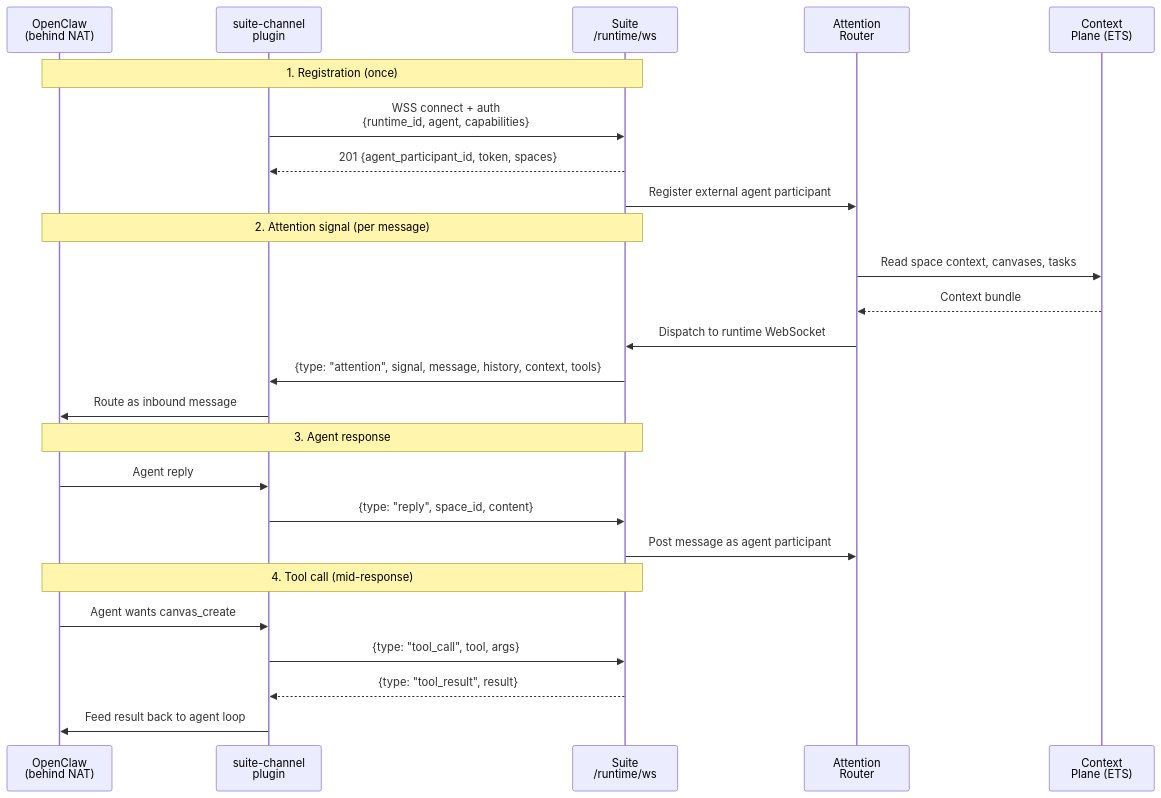
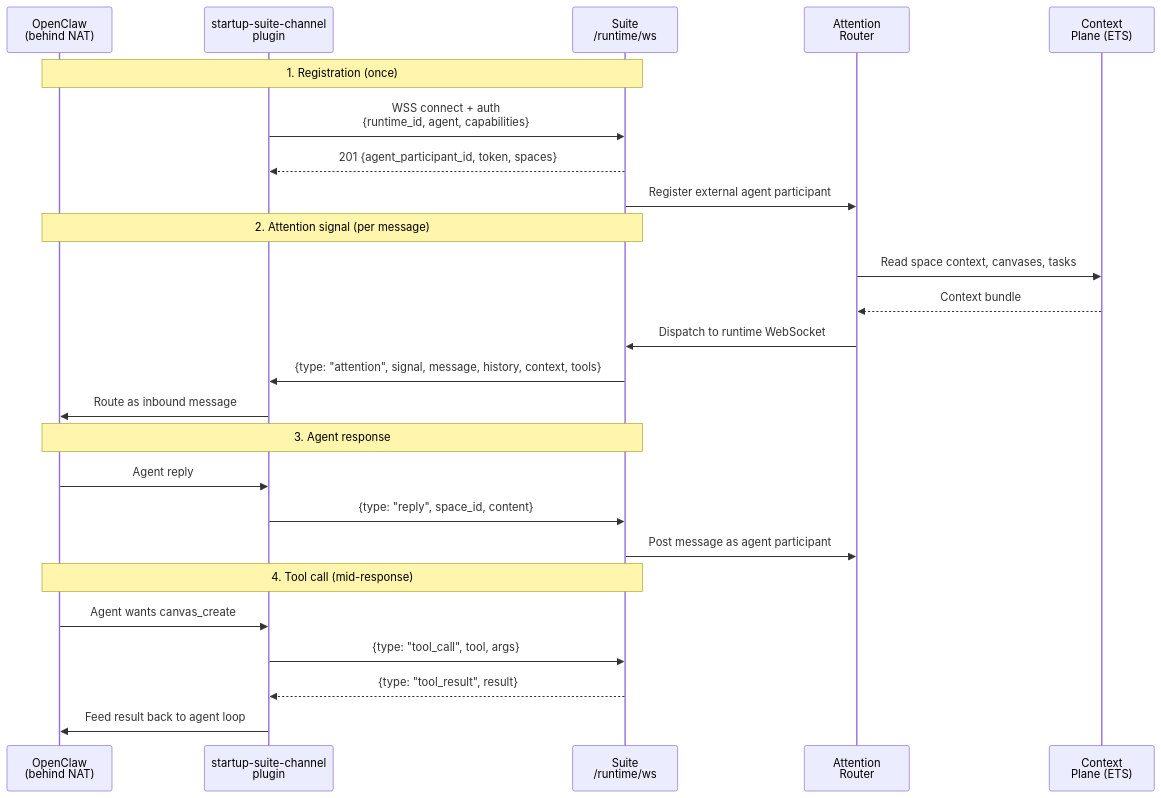
The second of 4 diagrams in docs/architecture/federation-overview.md (Startup-Suite/core), drawn with Mermaid before and after one commit. The commit also changed other lines of this file and 1 other file, not shown here.

Commit message:
docs: rename suite-channel to startup-suite-channel

````diff
--- a/docs/architecture/federation-overview.md
+++ b/docs/architecture/federation-overview.md
@@ -79,31 +79,31 @@
 ```mermaid
 sequenceDiagram
     participant OC as OpenClaw<br>(behind NAT)
-    participant Plugin as suite-channel<br>plugin
+    participant Plugin as startup-suite-channel<br>plugin
     participant Suite as Suite<br>/runtime/ws
     participant AR as Attention<br>Router
     participant CP as Context<br>Plane (ETS)
 
     Note over OC,Suite: 1. Registration (once)
     Plugin->>Suite: WSS connect + auth<br>{runtime_id, agent, capabilities}
     Suite-->>Plugin: 201 {agent_participant_id, token, spaces}
     Suite->>AR: Register external agent participant
 
     Note over OC,Suite: 2. Attention signal (per message)
     AR->>CP: Read space context, canvases, tasks
     CP-->>AR: Context bundle
     AR->>Suite: Dispatch to runtime WebSocket
     Suite->>Plugin: {type: "attention", signal, message, history, context, tools}
     Plugin->>OC: Route as inbound message
 
     Note over OC,Suite: 3. Agent response
     OC->>Plugin: Agent reply
     Plugin->>Suite: {type: "reply", space_id, content}
     Suite->>AR: Post message as agent participant
 
     Note over OC,Suite: 4. Tool call (mid-response)
     OC->>Plugin: Agent wants canvas_create
     Plugin->>Suite: {type: "tool_call", tool, args}
     Suite-->>Plugin: {type: "tool_result", result}
     Plugin->>OC: Feed result back to agent loop
 ```
````
